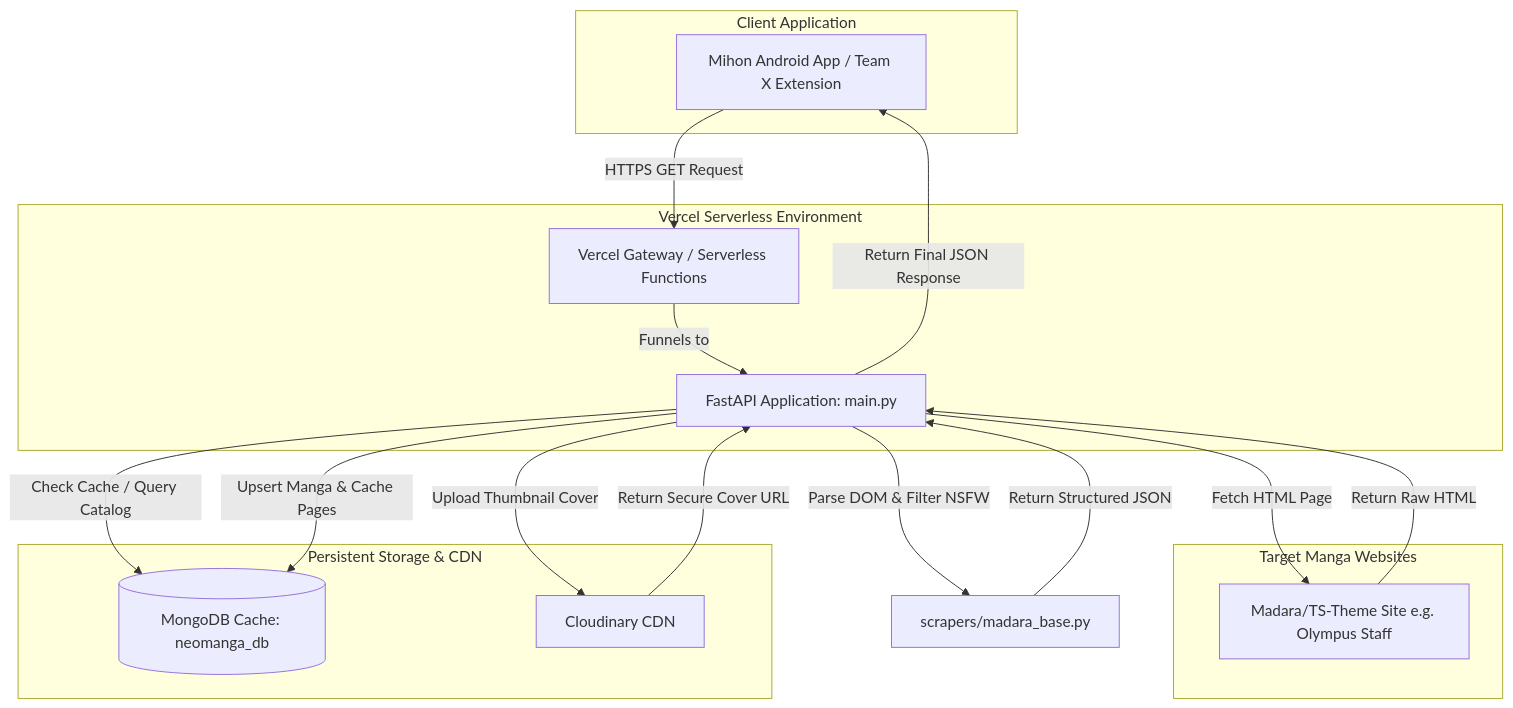
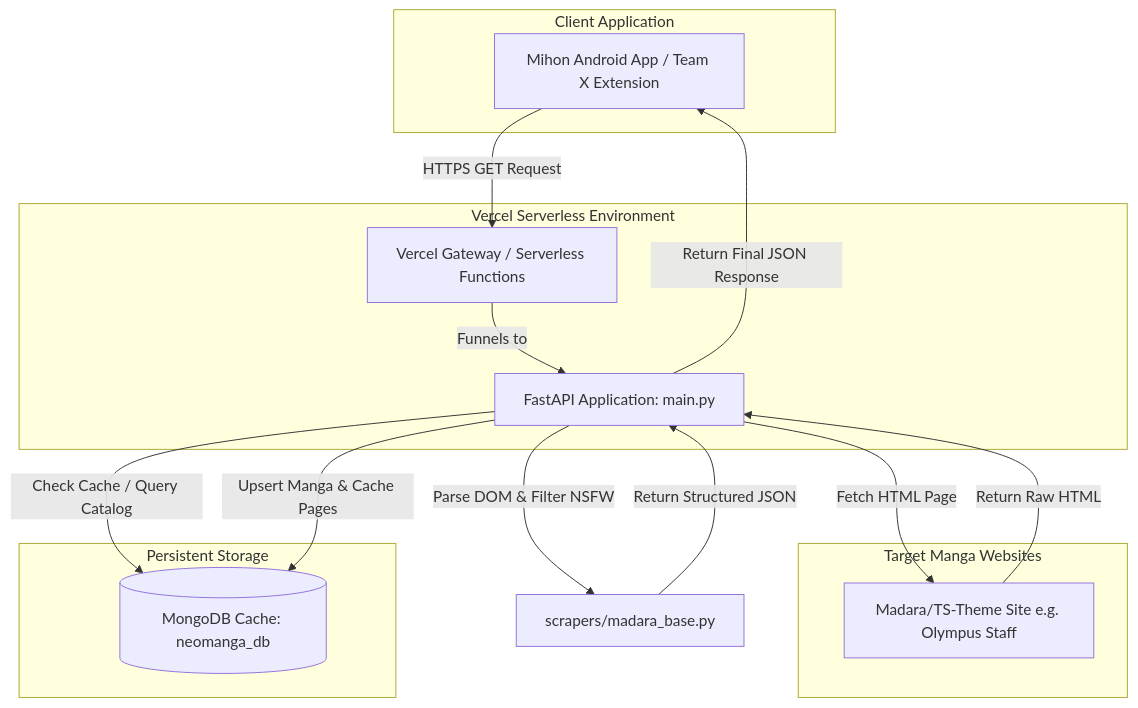
The diagram in backend_system_deep_dive.md (zeroanime40-beep/neomanga-api-server), drawn with Mermaid before and after one commit. The commit also changed other lines of this file and 2 other files, not shown here.

Commit message:
refactor: completely remove cloudinary infrastructure, switch to 100% raw target cover urls in mongodb

````diff
--- a/backend_system_deep_dive.md
+++ b/backend_system_deep_dive.md
@@ -12,36 +12,32 @@
 ```mermaid
 graph TD
     subgraph Client Application
         Mihon[Mihon Android App / Team X Extension]
     end
 
     subgraph Vercel Serverless Environment
         V_GW[Vercel Gateway / Serverless Functions]
         FA[FastAPI Application: main.py]
     end
 
     subgraph Target Manga Websites
         M_Site[Madara/TS-Theme Site e.g. Olympus Staff]
     end
 
-    subgraph Persistent Storage & CDN
+    subgraph Persistent Storage
         DB[(MongoDB Cache: neomanga_db)]
-        CLD[Cloudinary CDN]
     end
 
     Mihon -->|HTTPS GET Request| V_GW
     V_GW -->|Funnels to| FA
     
     FA -->|Check Cache / Query Catalog| DB
     FA -->|Fetch HTML Page| M_Site
     
     M_Site -->|Return Raw HTML| FA
     FA -->|Parse DOM & Filter NSFW| Parser[scrapers/madara_base.py]
     
     Parser -->|Return Structured JSON| FA
-    FA -->|Upload Thumbnail Cover| CLD
-    CLD -->|Return Secure Cover URL| FA
-    
     FA -->|Upsert Manga & Cache Pages| DB
     FA -->|Return Final JSON Response| Mihon
 ```
````
